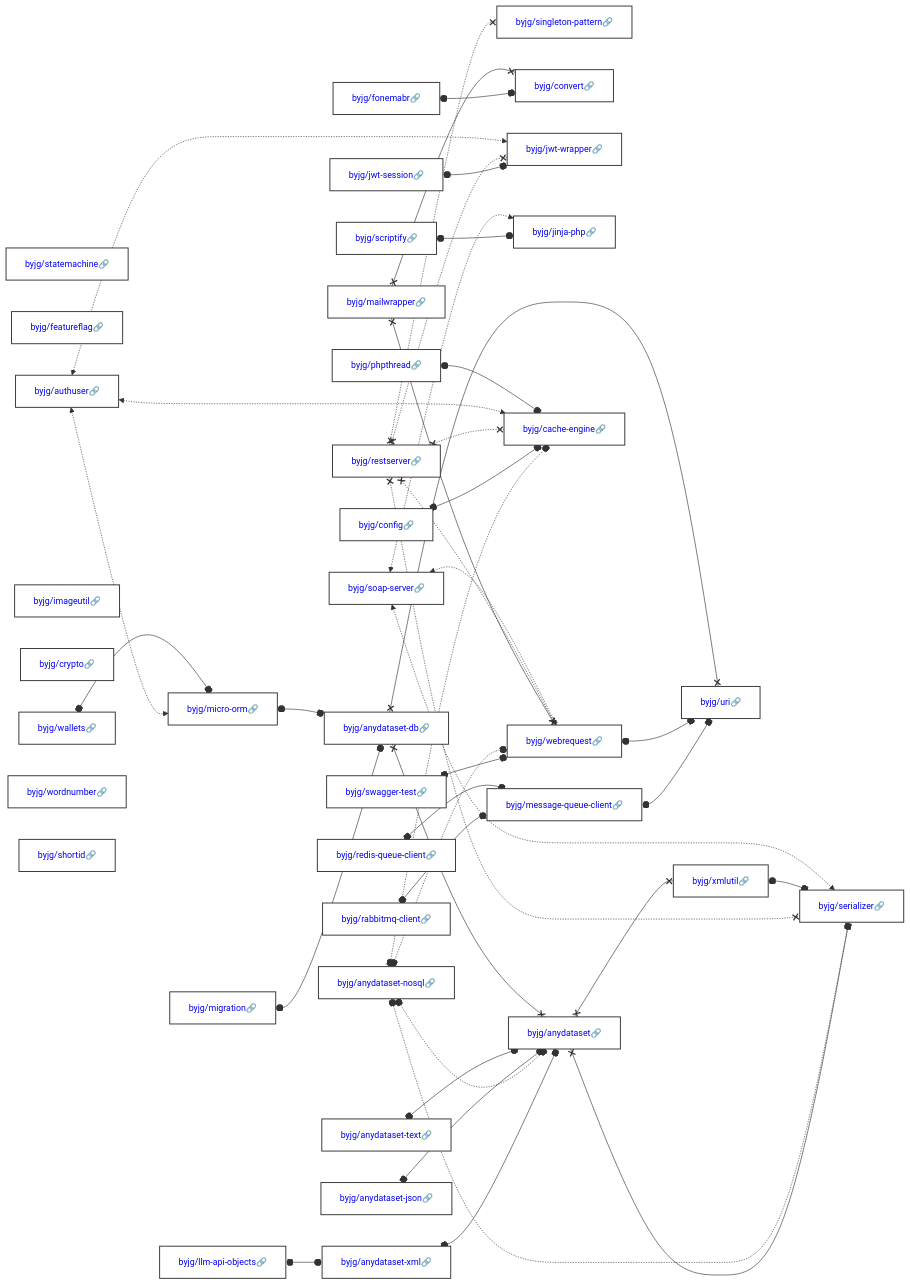
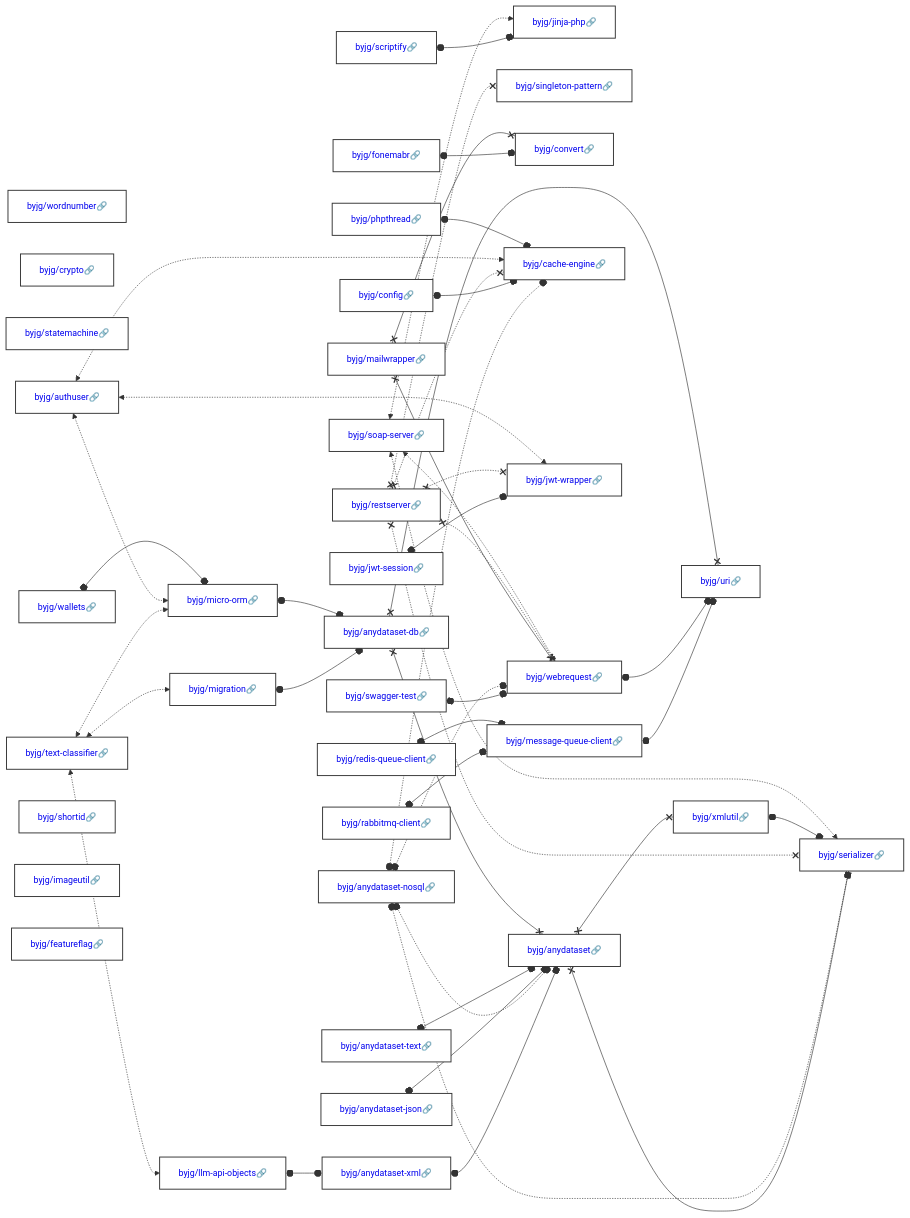
The diagram in docs/php/README.md (byjg/byjg.github.io), drawn with Mermaid before and after one commit. The commit also changed 29 other files, not shown here.

Commit message:
Update documentation 'php' 'php-text-classifier'

````diff
--- a/docs/php/README.md
+++ b/docs/php/README.md
@@ -3,38 +3,39 @@
 ```mermaid
 graph LR;
+  byjg/config[<a href='https://opensource.byjg.com/docs/php/config' style='text-decoration:none'>byjg/config🔗</a>];
+  byjg/fonemabr[<a href='https://opensource.byjg.com/docs/php/fonemabr' style='text-decoration:none'>byjg/fonemabr🔗</a>];
+  byjg/wordnumber[<a href='https://opensource.byjg.com/docs/php/wordnumber' style='text-decoration:none'>byjg/wordnumber🔗</a>];
+  byjg/crypto[<a href='https://opensource.byjg.com/docs/php/crypto' style='text-decoration:none'>byjg/crypto🔗</a>];
   byjg/statemachine[<a href='https://opensource.byjg.com/docs/php/statemachine' style='text-decoration:none'>byjg/statemachine🔗</a>];
-  byjg/migration[<a href='https://opensource.byjg.com/docs/php/migration' style='text-decoration:none'>byjg/migration🔗</a>];
-  byjg/featureflag[<a href='https://opensource.byjg.com/docs/php/featureflag' style='text-decoration:none'>byjg/featureflag🔗</a>];
-  byjg/phpthread[<a href='https://opensource.byjg.com/docs/php/phpthread' style='text-decoration:none'>byjg/phpthread🔗</a>];
+  byjg/authuser[<a href='https://opensource.byjg.com/docs/php/authuser' style='text-decoration:none'>byjg/authuser🔗</a>];
   byjg/scriptify[<a href='https://opensource.byjg.com/docs/php/scriptify' style='text-decoration:none'>byjg/scriptify🔗</a>];
+  byjg/text-classifier[<a href='https://opensource.byjg.com/docs/php/text-classifier' style='text-decoration:none'>byjg/text-classifier🔗</a>];
+  byjg/rabbitmq-client[<a href='https://opensource.byjg.com/docs/php/rabbitmq-client' style='text-decoration:none'>byjg/rabbitmq-client🔗</a>];
+  byjg/wallets[<a href='https://opensource.byjg.com/docs/php/wallets' style='text-decoration:none'>byjg/wallets🔗</a>];
+  byjg/shortid[<a href='https://opensource.byjg.com/docs/php/shortid' style='text-decoration:none'>byjg/shortid🔗</a>];
+  byjg/anydataset-text[<a href='https://opensource.byjg.com/docs/php/anydataset-text' style='text-decoration:none'>byjg/anydataset-text🔗</a>];
+  byjg/soap-server[<a href='https://opensource.byjg.com/docs/php/soap-server' style='text-decoration:none'>byjg/soap-server🔗</a>];
   byjg/anydataset-nosql[<a href='https://opensource.byjg.com/docs/php/anydataset-nosql' style='text-decoration:none'>byjg/anydataset-nosql🔗</a>];
-  byjg/jwt-session[<a href='https://opensource.byjg.com/docs/php/jwt-session' style='text-decoration:none'>byjg/jwt-session🔗</a>];
-  byjg/rabbitmq-client[<a href='https://opensource.byjg.com/docs/php/rabbitmq-client' style='text-decoration:none'>byjg/rabbitmq-client🔗</a>];
-  byjg/fonemabr[<a href='https://opensource.byjg.com/docs/php/fonemabr' style='text-decoration:none'>byjg/fonemabr🔗</a>];
-  byjg/anydataset-text[<a href='https://opensource.byjg.com/docs/php/anydataset-text' style='text-decoration:none'>byjg/anydataset-text🔗</a>];
-  byjg/wallets[<a href='https://opensource.byjg.com/docs/php/wallets' style='text-decoration:none'>byjg/wallets🔗</a>];
   byjg/restserver[<a href='https://opensource.byjg.com/docs/php/restserver' style='text-decoration:none'>byjg/restserver🔗</a>];
   byjg/imageutil[<a href='https://opensource.byjg.com/docs/php/imageutil' style='text-decoration:none'>byjg/imageutil🔗</a>];
   byjg/mailwrapper[<a href='https://opensource.byjg.com/docs/php/mailwrapper' style='text-decoration:none'>byjg/mailwrapper🔗</a>];
-  byjg/crypto[<a href='https://opensource.byjg.com/docs/php/crypto' style='text-decoration:none'>byjg/crypto🔗</a>];
-  byjg/authuser[<a href='https://opensource.byjg.com/docs/php/authuser' style='text-decoration:none'>byjg/authuser🔗</a>];
-  byjg/wordnumber[<a href='https://opensource.byjg.com/docs/php/wordnumber' style='text-decoration:none'>byjg/wordnumber🔗</a>];
-  byjg/shortid[<a href='https://opensource.byjg.com/docs/php/shortid' style='text-decoration:none'>byjg/shortid🔗</a>];
+  byjg/anydataset-json[<a href='https://opensource.byjg.com/docs/php/anydataset-json' style='text-decoration:none'>byjg/anydataset-json🔗</a>];
+  byjg/featureflag[<a href='https://opensource.byjg.com/docs/php/featureflag' style='text-decoration:none'>byjg/featureflag🔗</a>];
+  byjg/redis-queue-client[<a href='https://opensource.byjg.com/docs/php/redis-queue-client' style='text-decoration:none'>byjg/redis-queue-client🔗</a>];
+  byjg/phpthread[<a href='https://opensource.byjg.com/docs/php/phpthread' style='text-decoration:none'>byjg/phpthread🔗</a>];
+  byjg/jwt-session[<a href='https://opensource.byjg.com/docs/php/jwt-session' style='text-decoration:none'>byjg/jwt-session🔗</a>];
+  byjg/swagger-test[<a href='https://opensource.byjg.com/docs/php/swagger-test' style='text-decoration:none'>byjg/swagger-test🔗</a>];
+  byjg/migration[<a href='https://opensource.byjg.com/docs/php/migration' style='text-decoration:none'>byjg/migration🔗</a>];
   byjg/llm-api-objects[<a href='https://opensource.byjg.com/docs/php/llm-api-objects' style='text-decoration:none'>byjg/llm-api-objects🔗</a>];
-  byjg/anydataset-json[<a href='https://opensource.byjg.com/docs/php/anydataset-json' style='text-decoration:none'>byjg/anydataset-json🔗</a>];
-  byjg/soap-server[<a href='https://opensource.byjg.com/docs/php/soap-server' style='text-decoration:none'>byjg/soap-server🔗</a>];
-  byjg/redis-queue-client[<a href='https://opensource.byjg.com/docs/php/redis-queue-client' style='text-decoration:none'>byjg/redis-queue-client🔗</a>];
-  byjg/config[<a href='https://opensource.byjg.com/docs/php/config' style='text-decoration:none'>byjg/config🔗</a>];
-  byjg/swagger-test[<a href='https://opensource.byjg.com/docs/php/swagger-test' style='text-decoration:none'>byjg/swagger-test🔗</a>];
+  byjg/micro-orm[<a href='https://opensource.byjg.com/docs/php/micro-orm' style='text-decoration:none'>byjg/micro-orm🔗</a>];
+  byjg/jinja-php[<a href='https://opensource.byjg.com/docs/php/jinja-php' style='text-decoration:none'>byjg/jinja-php🔗</a>];
   byjg/singleton-pattern[<a href='https://opensource.byjg.com/docs/php/singleton-pattern' style='text-decoration:none'>byjg/singleton-pattern🔗</a>];
   byjg/convert[<a href='https://opensource.byjg.com/docs/php/convert' style='text-decoration:none'>byjg/convert🔗</a>];
-  byjg/micro-orm[<a href='https://opensource.byjg.com/docs/php/micro-orm' style='text-decoration:none'>byjg/micro-orm🔗</a>];
-  byjg/jwt-wrapper[<a href='https://opensource.byjg.com/docs/php/jwt-wrapper' style='text-decoration:none'>byjg/jwt-wrapper🔗</a>];
-  byjg/anydataset-xml[<a href='https://opensource.byjg.com/docs/php/anydataset-xml' style='text-decoration:none'>byjg/anydataset-xml🔗</a>];
-  byjg/jinja-php[<a href='https://opensource.byjg.com/docs/php/jinja-php' style='text-decoration:none'>byjg/jinja-php🔗</a>];
   byjg/message-queue-client[<a href='https://opensource.byjg.com/docs/php/message-queue-client' style='text-decoration:none'>byjg/message-queue-client🔗</a>];
   byjg/cache-engine[<a href='https://opensource.byjg.com/docs/php/cache-engine' style='text-decoration:none'>byjg/cache-engine🔗</a>];
+  byjg/jwt-wrapper[<a href='https://opensource.byjg.com/docs/php/jwt-wrapper' style='text-decoration:none'>byjg/jwt-wrapper🔗</a>];
   byjg/webrequest[<a href='https://opensource.byjg.com/docs/php/webrequest' style='text-decoration:none'>byjg/webrequest🔗</a>];
+  byjg/anydataset-xml[<a href='https://opensource.byjg.com/docs/php/anydataset-xml' style='text-decoration:none'>byjg/anydataset-xml🔗</a>];
   byjg/anydataset-db[<a href='https://opensource.byjg.com/docs/php/anydataset-db' style='text-decoration:none'>byjg/anydataset-db🔗</a>];
   byjg/anydataset[<a href='https://opensource.byjg.com/docs/php/anydataset' style='text-decoration:none'>byjg/anydataset🔗</a>];
   byjg/uri[<a href='https://opensource.byjg.com/docs/php/uri' style='text-decoration:none'>byjg/uri🔗</a>];
@@ -78,6 +79,9 @@
   byjg/anydataset x--x byjg/xmlutil;
   byjg/migration o--o byjg/anydataset-db;
   byjg/jwt-session o--o byjg/jwt-wrapper;
+  byjg/text-classifier <-.-> byjg/micro-orm;
+  byjg/text-classifier <-.-> byjg/migration;
+  byjg/text-classifier <-.-> byjg/llm-api-objects;
   byjg/llm-api-objects o--o byjg/anydataset-xml;
   classDef default fill:#ffffff,stroke:#333,stroke-width:1.5px,color:#000,font-size:14px;
   classDef highlight fill:#ffef96,stroke:#ff9900,stroke-width:3px;
````
